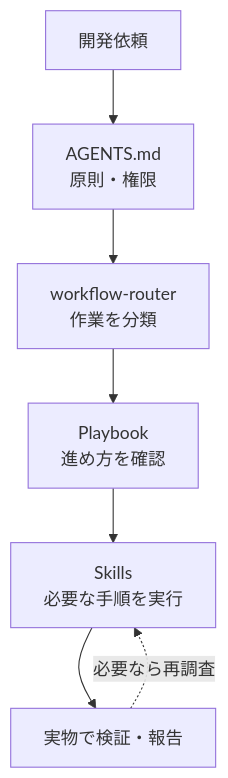
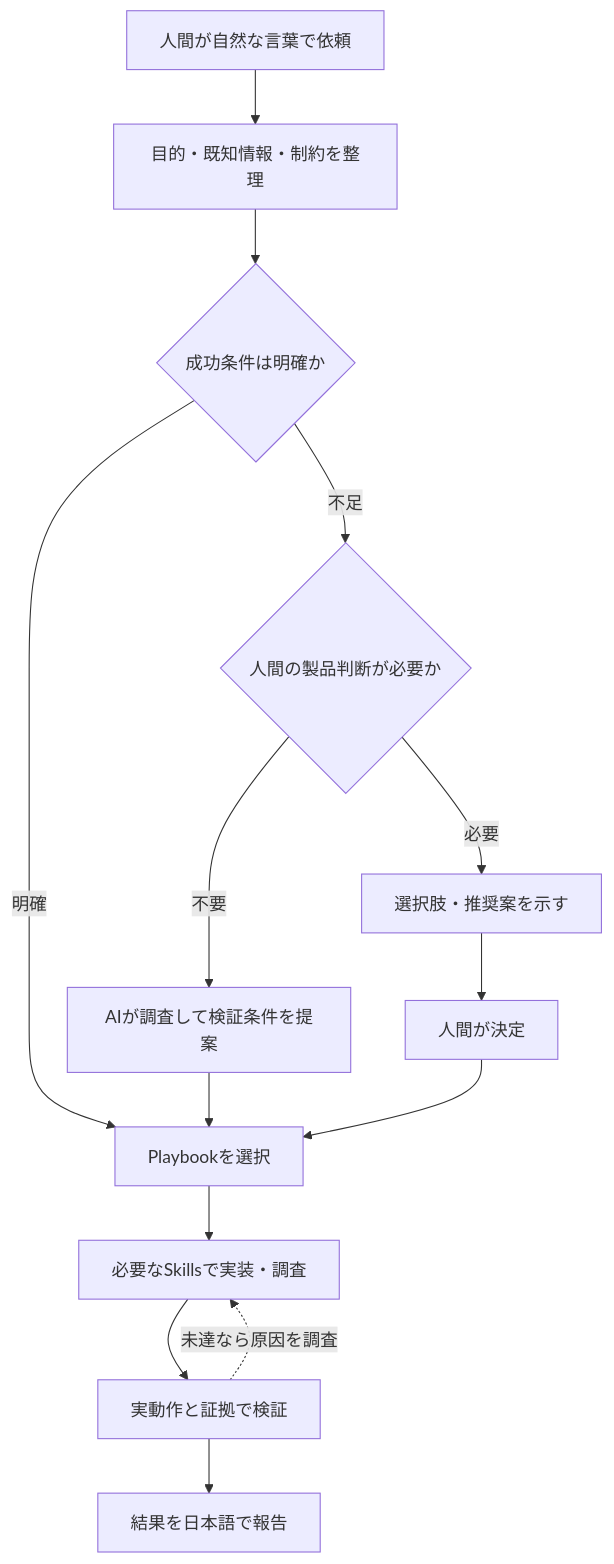
One commit to 96yukiv2/environment changed the first of 2 diagrams in 30-ai/docs/workflow.md. Above: the diagram before and after it, drawn with Mermaid. The commit also changed other lines of this file and 6 other files, not shown here.

````diff
--- a/30-ai/docs/workflow.md
+++ b/30-ai/docs/workflow.md
@@ -5,9 +5,16 @@
 ```mermaid
 flowchart TD
-    A["開発依頼"] --> B["AGENTS.md<br/>原則・権限"]
-    B --> C["workflow-router<br/>作業を分類"]
-    C --> D["Playbook<br/>進め方を確認"]
-    D --> E["Skills<br/>必要な手順を実行"]
-    E --> F["実物で検証・報告"]
-    F -. "必要なら再調査" .-> E
+    A["人間が自然な言葉で依頼"] --> B["目的・既知情報・制約を整理"]
+    B --> C{"成功条件は明確か"}
+    C -->|"明確"| F["Playbookを選択"]
+    C -->|"不足"| D{"人間の製品判断が必要か"}
+    D -->|"不要"| E["AIが調査して検証条件を提案"]
+    D -->|"必要"| H["選択肢・推奨案を示す"]
+    H --> I["人間が決定"]
+    E --> F
+    I --> F
+    F --> G["必要なSkillsで実装・調査"]
+    G --> J["実動作と証拠で検証"]
+    J --> K["結果を日本語で報告"]
+    J -. "未達なら原因を調査" .-> G
 ```
````
